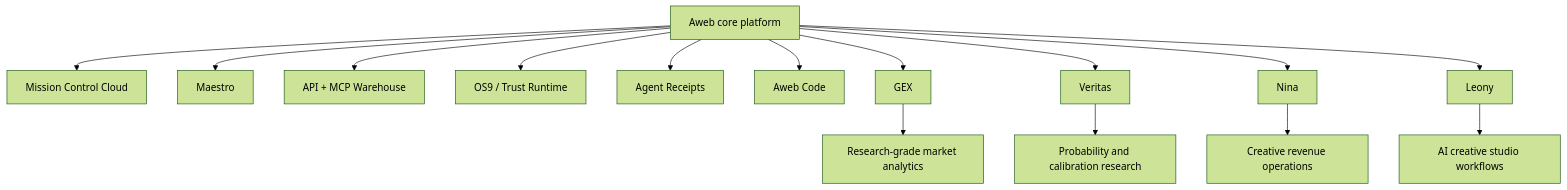
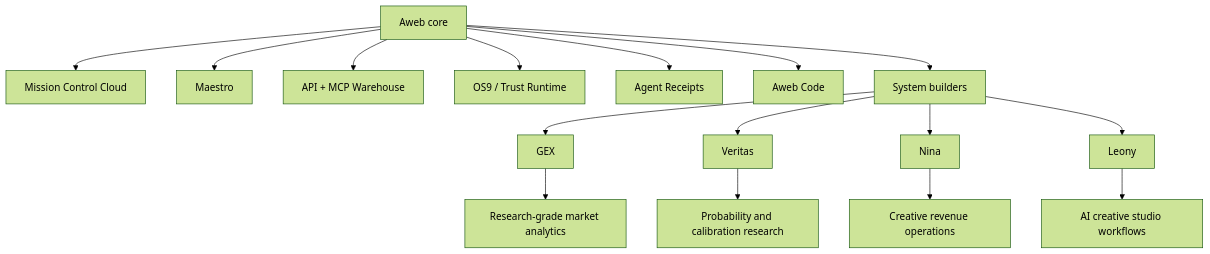
One commit to manfromnowhere143/aweb-labs-public-proof changed the third of 3 diagrams in README.md. Above: the diagram before and after it, drawn with Mermaid (forest theme). The commit also changed other lines of this file and 1 other file, not shown here.

Commit message:
docs: refine Aweb public proof presentation

````diff
--- a/README.md
+++ b/README.md
@@ -87,21 +129,22 @@
 ```mermaid
 flowchart TB
-  Core["Aweb core platform"]
+  Core["Aweb core"]
 
   Core --> Mission["Mission Control Cloud"]
   Core --> Maestro["Maestro"]
   Core --> Warehouse["API + MCP Warehouse"]
   Core --> Trust["OS9 / Trust Runtime"]
   Core --> Receipts["Agent Receipts"]
   Core --> Code["Aweb Code"]
+  Core --> Builders["System builders"]
 
-  Core --> GEX["GEX"]
-  Core --> Veritas["Veritas"]
-  Core --> Nina["Nina"]
-  Core --> Leony["Leony"]
+  Builders --> GEX["GEX"]
+  Builders --> Veritas["Veritas"]
+  Builders --> Nina["Nina"]
+  Builders --> Leony["Leony"]
 
   GEX --> GEXNote["Research-grade market analytics"]
   Veritas --> VeritasNote["Probability and calibration research"]
   Nina --> NinaNote["Creative revenue operations"]
   Leony --> LeonyNote["AI creative studio workflows"]
 ```
````
